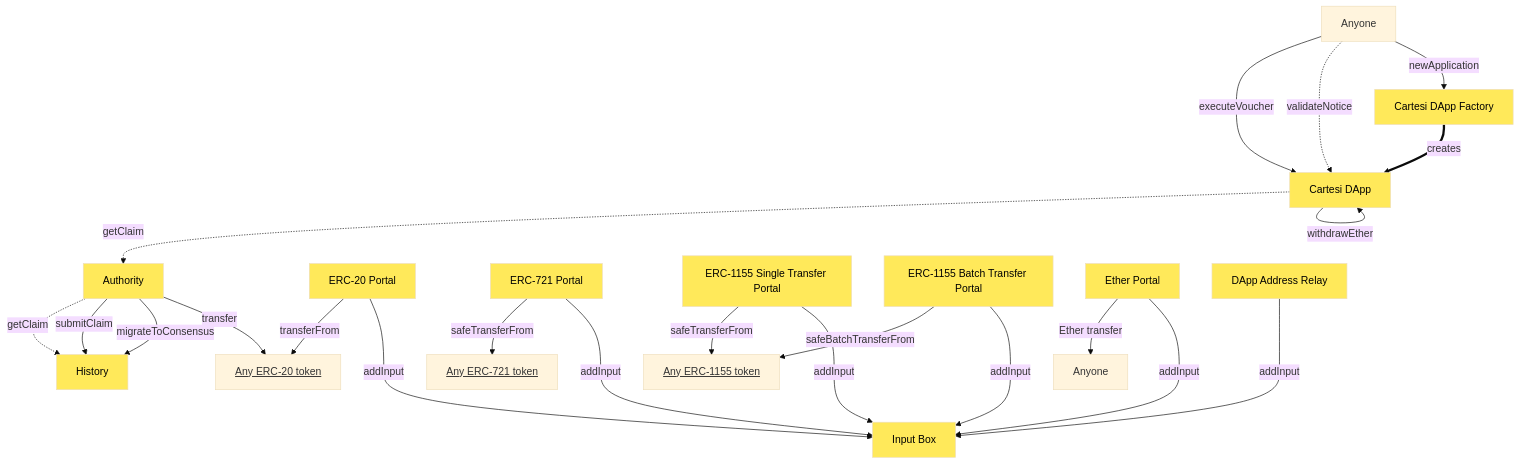
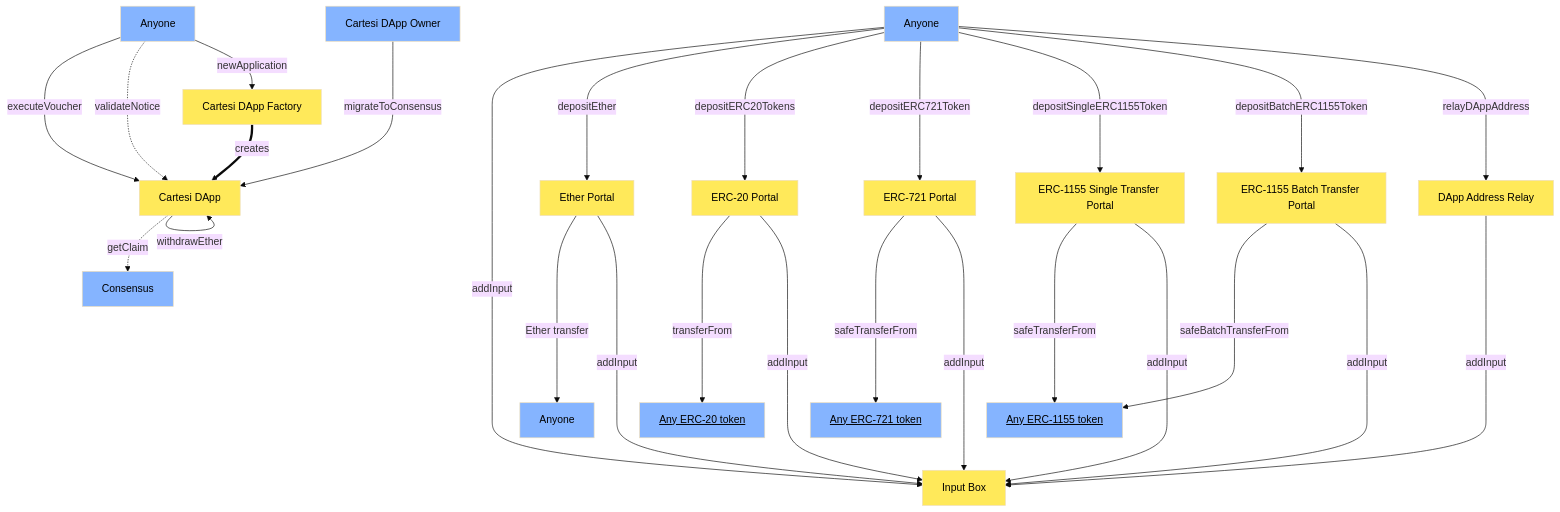
One commit to dapp-dragonxmlp09/rollups-contracts changed the diagram in README.md. Above: the diagram before and after it, drawn with Mermaid (base theme). The commit also changed other lines of this file, not shown here.

Commit message:
docs(readme): add permissionless calls to diagram

````diff
--- a/README.md
+++ b/README.md
@@ -23,47 +23,56 @@
 ```mermaid
 graph TD
     classDef core fill:#ffe95a,color:#000
+    classDef external fill:#85b4ff,color:#000
     classDef hasLink text-decoration: underline
 
     InputBox[Input Box]:::core
     CartesiDApp[Cartesi DApp]:::core
     CartesiDAppFactory[Cartesi DApp Factory]:::core
-    Authority:::core
-    History:::core
+    EtherPortal[Ether Portal]:::core
     ERC20Portal[ERC-20 Portal]:::core
     ERC721Portal[ERC-721 Portal]:::core
     ERC1155SinglePortal[ERC-1155 Single Transfer Portal]:::core
     ERC1155BatchPortal[ERC-1155 Batch Transfer Portal]:::core
-    EtherPortal[Ether Portal]:::core
     DAppAddressRelay[DApp Address Relay]:::core
+    Consensus:::external
+    
+    ERC20[Any ERC-20 token]:::external
+    ERC721[Any ERC-721 token]:::external
+    ERC1155[Any ERC-1155 token]:::external
+    DAppOwner[Cartesi DApp Owner]:::external
+    Anyone1[Anyone]:::external
+    Anyone2[Anyone]:::external
+    Anyone3[Anyone]:::external
 
-    ERC20[Any ERC-20 token]:::hasLink
-    ERC721[Any ERC-721 token]:::hasLink
-    ERC1155[Any ERC-1155 token]:::hasLink
-
-    Anyone1[Anyone] -- executeVoucher --> CartesiDApp
+    Anyone1 -- executeVoucher --> CartesiDApp
     Anyone1 -. validateNotice .-> CartesiDApp
     Anyone1 -- newApplication --> CartesiDAppFactory
-    CartesiDApp -. getClaim .-> Authority
+    DAppOwner -- migrateToConsensus ---> CartesiDApp
+    CartesiDApp -. getClaim .-> Consensus
     CartesiDApp -- withdrawEther --> CartesiDApp
     CartesiDAppFactory == creates ==> CartesiDApp
-    Authority -. getClaim .-> History
-    Authority -- submitClaim --> History
-    Authority -- migrateToConsensus --> History
-    Authority -- transfer --> ERC20
-    ERC20Portal -- transferFrom --> ERC20
-    ERC20Portal -- addInput ---> InputBox
-    ERC721Portal -- safeTransferFrom --> ERC721
-    ERC721Portal -- addInput ---> InputBox
-    ERC1155SinglePortal -- safeTransferFrom --> ERC1155
-    ERC1155SinglePortal -- addInput ---> InputBox
-    ERC1155BatchPortal -- safeBatchTransferFrom --> ERC1155
-    ERC1155BatchPortal -- addInput ---> InputBox
-    EtherPortal -- "Ether transfer" --> Anyone
-    EtherPortal -- addInput ---> InputBox
-    DAppAddressRelay -- addInput ---> InputBox
+    Anyone2 -- addInput -------> InputBox
+    Anyone2 -- depositEther ---> EtherPortal
+    EtherPortal -- "Ether transfer" ----> Anyone3
+    EtherPortal -- addInput -----> InputBox
+    Anyone2 -- depositERC20Tokens ---> ERC20Portal
+    ERC20Portal -- transferFrom ----> ERC20
+    ERC20Portal -- addInput -----> InputBox
+    Anyone2 -- depositERC721Token ---> ERC721Portal
+    ERC721Portal -- safeTransferFrom ----> ERC721
+    ERC721Portal -- addInput -----> InputBox
+    Anyone2 -- depositSingleERC1155Token ---> ERC1155SinglePortal
+    ERC1155SinglePortal -- safeTransferFrom ----> ERC1155
+    ERC1155SinglePortal -- addInput -----> InputBox
+    Anyone2 -- depositBatchERC1155Token ---> ERC1155BatchPortal
+    ERC1155BatchPortal -- safeBatchTransferFrom ----> ERC1155
+    ERC1155BatchPortal -- addInput -----> InputBox
+    Anyone2 -- relayDAppAddress ---> DAppAddressRelay
+    DAppAddressRelay -- addInput -----> InputBox
 
+    class ERC20,ERC721,ERC1155 hasLink
     click ERC20 href "https://eips.ethereum.org/EIPS/eip-20"
     click ERC721 href "https://eips.ethereum.org/EIPS/eip-721"
     click ERC1155 href "https://eips.ethereum.org/EIPS/eip-1155"
 ```
````
